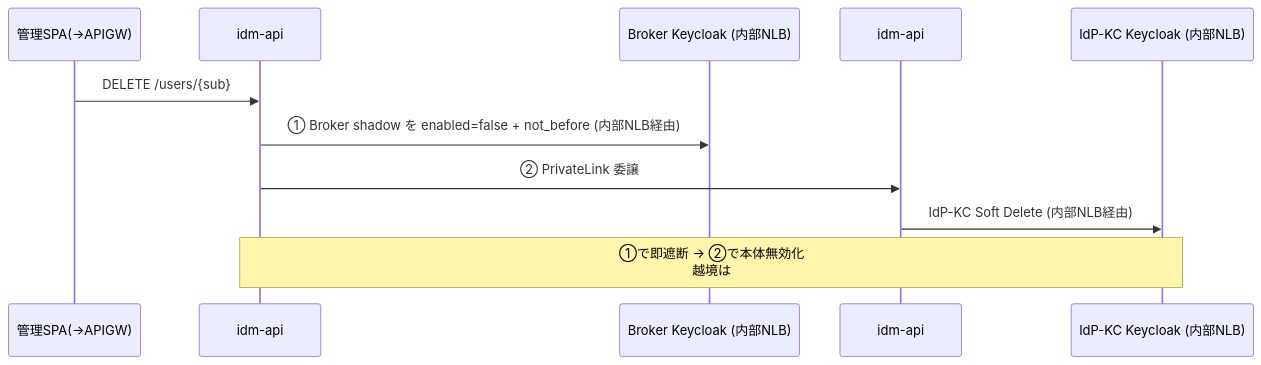
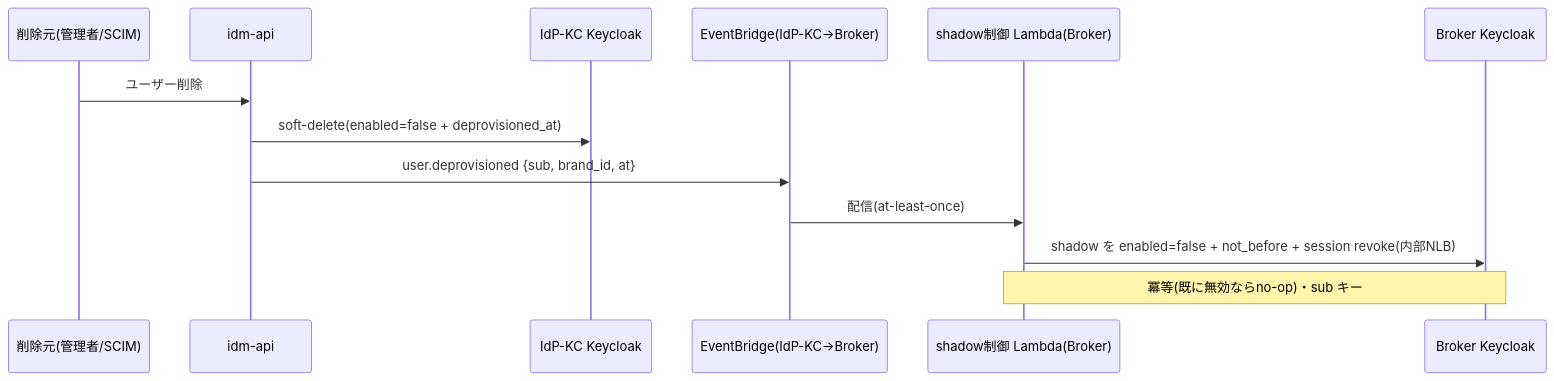
One commit to suepie/aws-atuh-poc changed the fifth of 5 diagrams in doc/basic-design/research/control-plane-crud-authz-flows-notes.md. Above: the diagram before and after it, drawn with Mermaid. The commit also changed other lines of this file and 1 other file, not shown here.

Commit message:
基本設計: 削除フローを IdP-KC 削除トリガー → Broker shadow 無効化 に変更
- shadow 制御 = 非同期イベント(案 i)確定: idm-api #2 が soft-delete 実行時に user.deprovisioned を発行 → EventBridge(IdP-KC→Broker) → shadow 制御 Lambda が Broker shadow を enabled=false + not_before + session revoke。
- Phase 1 は soft-delete(無効化)。物理削除は Phase 2(retention 後)。
- federated は IdP-KC に identity 無しのため SCIM deprovision or 90 日バッチで shadow 無効化。
- 数秒の伝播窓は AT 30 分 + 日次リコンサイルで許容。即時ゼロ窓要件時は同期併用に切替可。
- control-plane ノート フロー④ 更新 + ADR-063 front door/shadow 制御トポロジ確定。

````diff
--- a/doc/basic-design/research/control-plane-crud-authz-flows-notes.md
+++ b/doc/basic-design/research/control-plane-crud-authz-flows-notes.md
@@ -168,14 +170,16 @@
 ```mermaid
 sequenceDiagram
-    participant SPA as 管理SPA(→APIGW)
-    participant A1 as idm-api #1 Lambda (Broker)
-    participant BKC as Broker Keycloak (内部NLB)
-    participant A2 as idm-api #2 Lambda (IdP-KC)
-    participant IKC as IdP-KC Keycloak (内部NLB)
+    participant SRC as 削除元(管理者/SCIM)
+    participant A2 as idm-api #2 (ブランド/IdP-KC)
+    participant IKC as IdP-KC Keycloak
+    participant EB as EventBridge(IdP-KC→Broker)
+    participant SH as shadow制御 Lambda(Broker)
+    participant BKC as Broker Keycloak
 
-    SPA->>A1: DELETE /users/{sub}
-    A1->>BKC: ① Broker shadow を enabled=false + not_before (内部NLB経由)
-    A1->>A2: ② PrivateLink 委譲
-    A2->>IKC: IdP-KC Soft Delete (内部NLB経由)
-    Note over A1,IKC: ①で即遮断 → ②で本体無効化<br/>越境は #1→#2 の1本だけ
+    SRC->>A2: ユーザー削除
+    A2->>IKC: soft-delete(enabled=false + deprovisioned_at)
+    A2->>EB: user.deprovisioned {sub, brand_id, at}
+    EB->>SH: 配信(at-least-once)
+    SH->>BKC: shadow を enabled=false + not_before + session revoke(内部NLB)
+    Note over SH,BKC: 冪等(既に無効ならno-op)・sub キー
 ```
````
